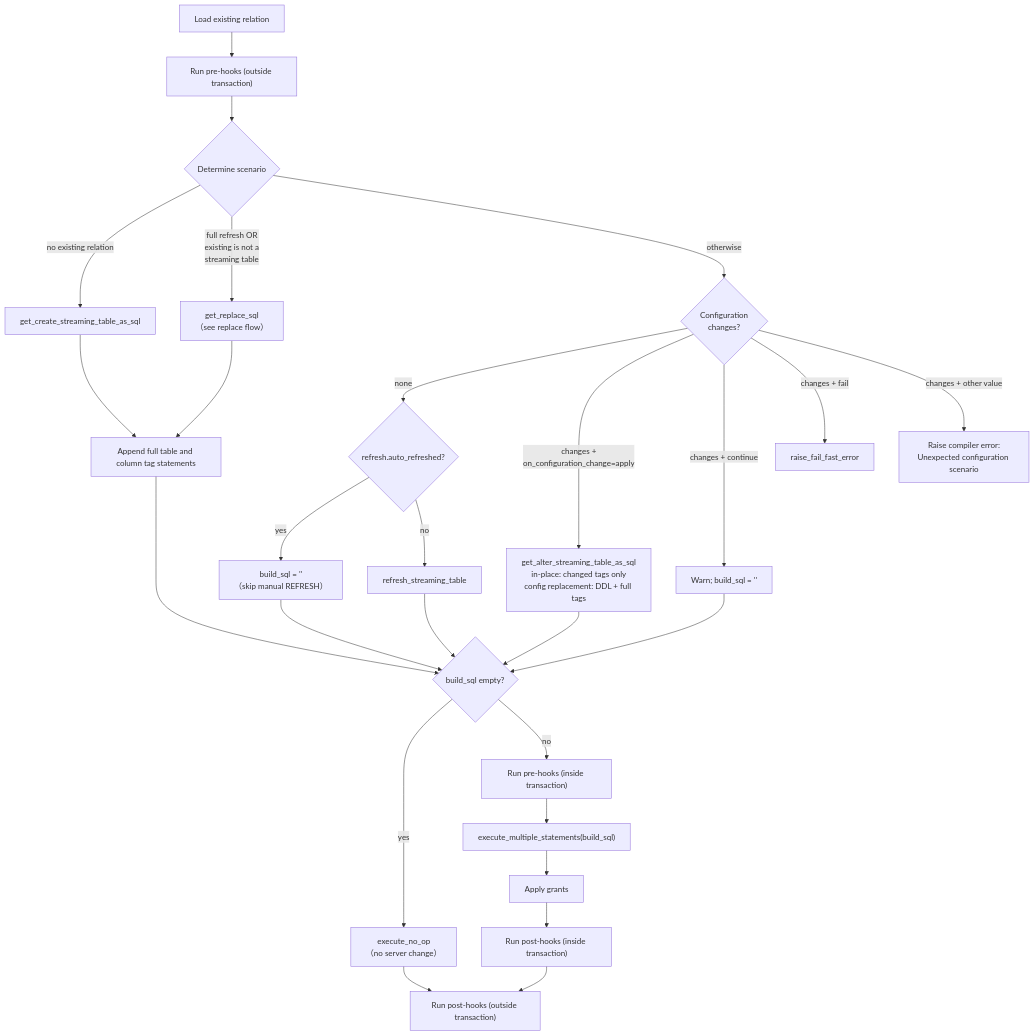
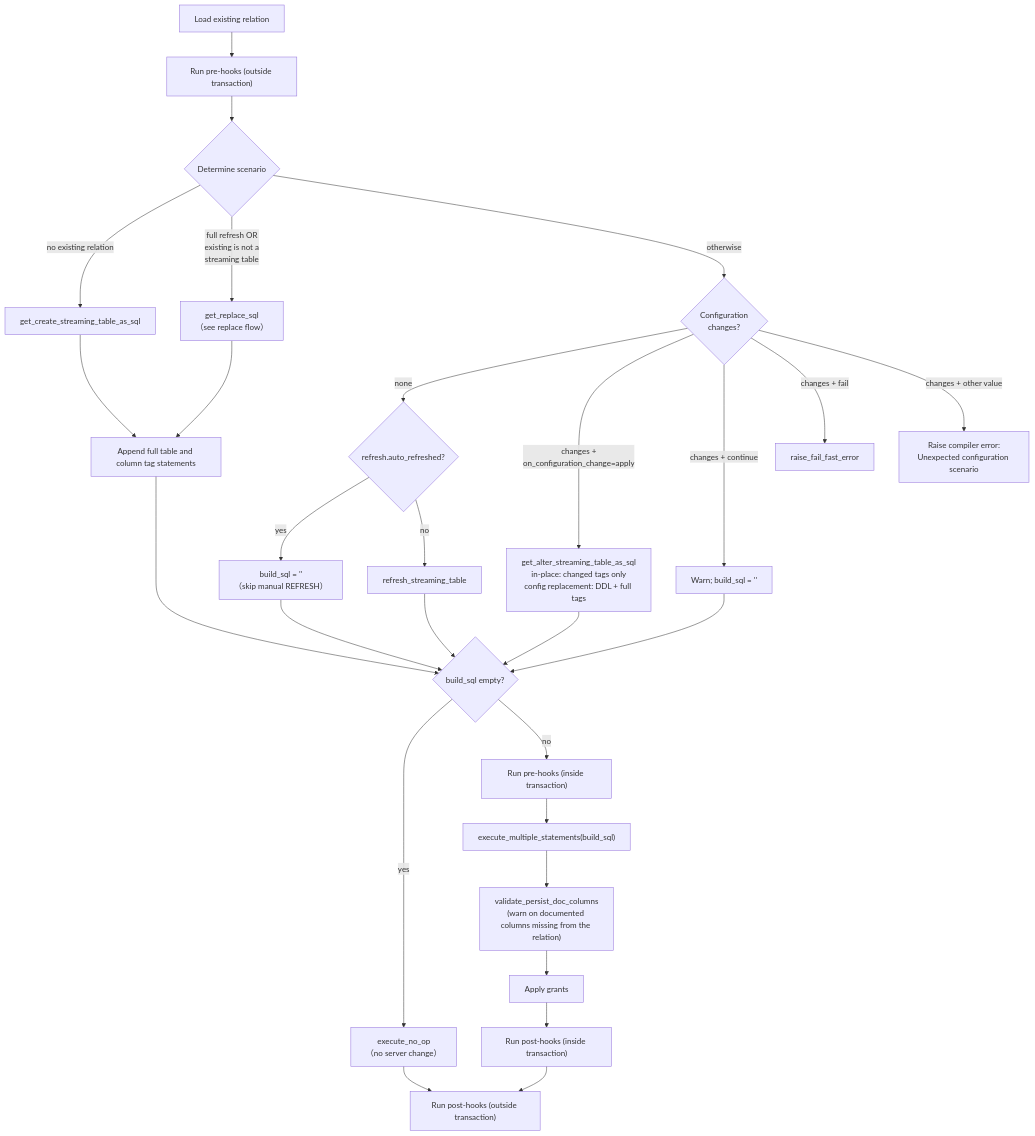
Before and after one commit to databricks/dbt-databricks: the diagram in docs/flow/streaming_table_flow.md, drawn with Mermaid. The commit also changed other lines of this file and 89 other files, not shown here.

````diff
--- a/docs/flow/streaming_table_flow.md
+++ b/docs/flow/streaming_table_flow.md
@@ -13,34 +13,35 @@
 ```mermaid
 flowchart TD
     START[Load existing relation] --> PRE["Run pre-hooks (outside transaction)"]
     PRE --> DECIDE{Determine scenario}
 
     DECIDE -- "no existing relation" --> CREATE[get_create_streaming_table_as_sql]
     DECIDE -- "full refresh OR\nexisting is not a\nstreaming table" --> REPLACE[get_replace_sql\n（see replace flow）]
     DECIDE -- "otherwise" --> CFG{Configuration\nchanges?}
 
     CFG -- "none" --> AUTO{refresh.auto_refreshed?}
     AUTO -- yes --> NOOPSQL[build_sql = ''\n（skip manual REFRESH）]
     AUTO -- no --> REFRESH[refresh_streaming_table]
 
     CFG -- "changes +\non_configuration_change=apply" --> ALTER["get_alter_streaming_table_as_sql<br/>in-place: changed tags only<br/>config replacement: DDL + full tags"]
     CFG -- "changes + continue" --> WARN[Warn; build_sql = '']
     CFG -- "changes + fail" --> FAIL[raise_fail_fast_error]
     CFG -- "changes + other value" --> INVALID["Raise compiler error:<br/>Unexpected configuration scenario"]
 
     CREATE --> TAGS[Append full table and column tag statements]
     REPLACE --> TAGS
     TAGS --> CHECK
     REFRESH --> CHECK
     ALTER --> CHECK
     NOOPSQL --> CHECK
     WARN --> CHECK
     CHECK{build_sql empty?}
     CHECK -- yes --> NOOP[execute_no_op\n（no server change）]
     CHECK -- no --> INTX["Run pre-hooks (inside transaction)"]
     INTX --> EXEC["execute_multiple_statements(build_sql)"]
-    EXEC --> GRANTS[Apply grants]
+    EXEC --> DOCS["validate_persist_doc_columns<br/>(warn on documented columns missing from the relation)"]
+    DOCS --> GRANTS[Apply grants]
     GRANTS --> POSTIN["Run post-hooks (inside transaction)"]
     NOOP --> POSTOUT
     POSTIN --> POSTOUT["Run post-hooks (outside transaction)"]
 ```
````
